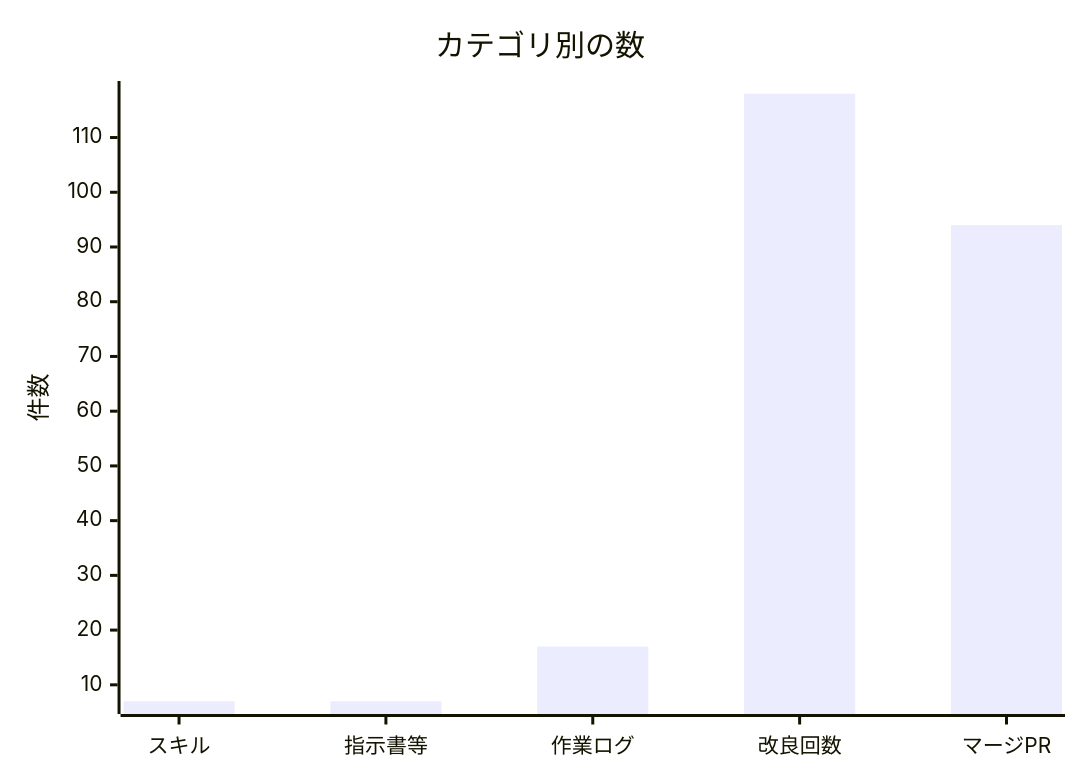
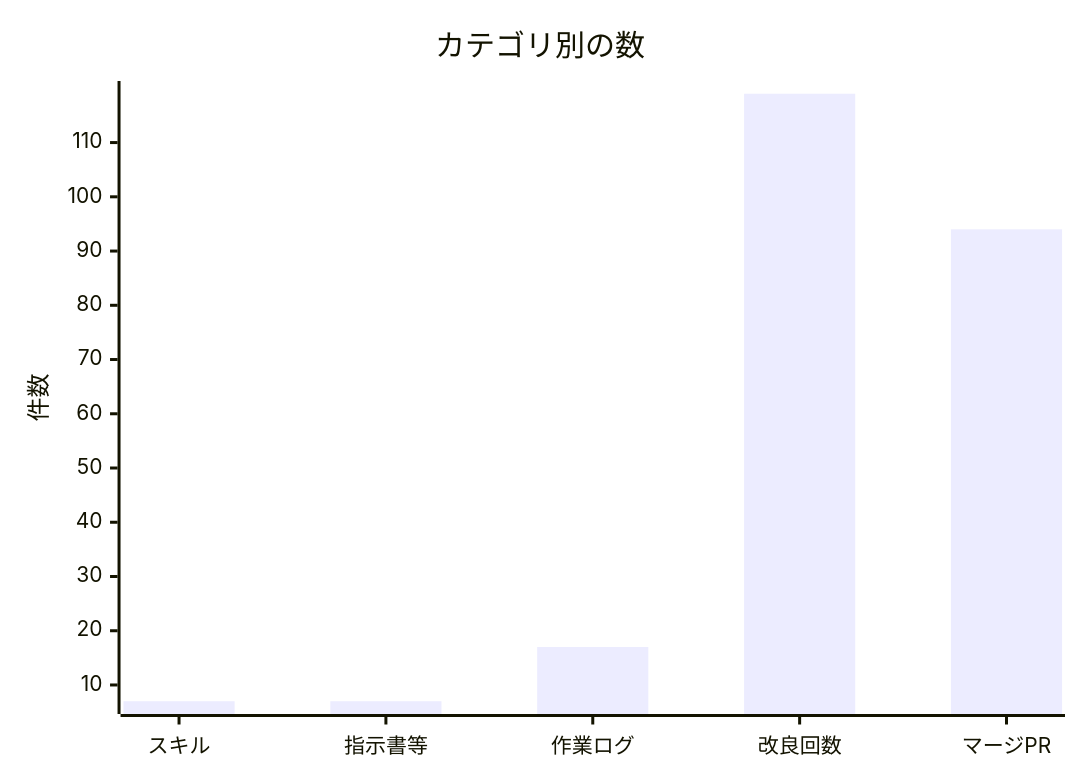
Before and after one commit to non-x2/non-x2: the second of 2 diagrams in docs/進化レポート.md, drawn with Mermaid. The commit also changed other lines of this file and 2 other files, not shown here.

````diff
--- a/docs/進化レポート.md
+++ b/docs/進化レポート.md
@@ -35,7 +35,7 @@
 ```mermaid
 xychart-beta
     title "カテゴリ別の数"
     x-axis ["スキル", "指示書等", "作業ログ", "改良回数", "マージPR"]
     y-axis "件数"
-    bar [7, 7, 17, 118, 94]
+    bar [7, 7, 17, 119, 94]
 ```
````
